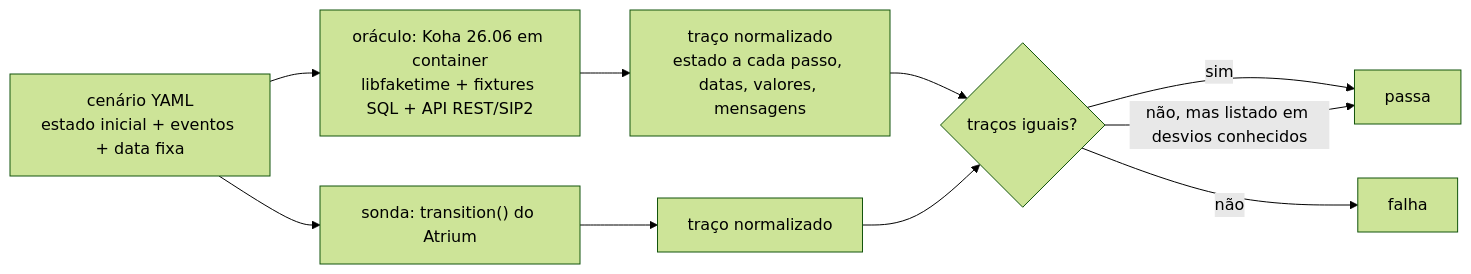
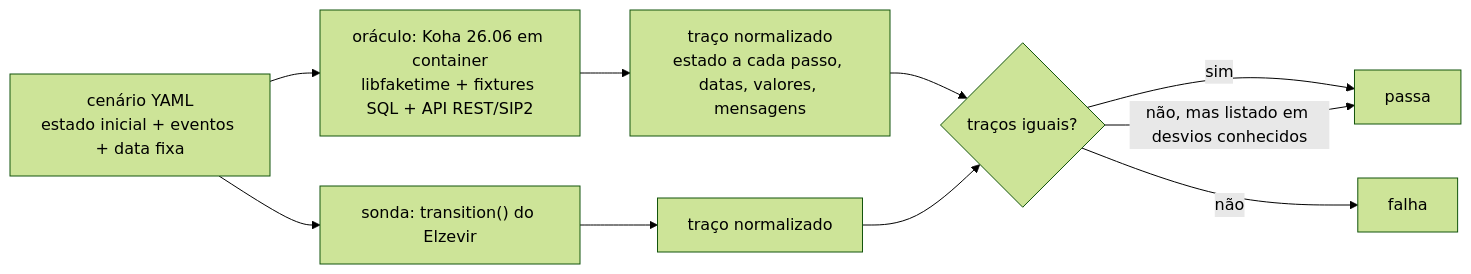
One commit to PauloFBaldiFH/Atrium changed the third of 4 diagrams in docs/arquitetura/03-estrategia-reconstrucao.md. Above: the diagram before and after it, drawn with Mermaid (forest theme). The commit also changed other lines of this file and 169 other files, not shown here.

First line of the commit message:
refactor: renomeia o projeto de Atrium para Elzevir

````diff
--- a/docs/arquitetura/03-estrategia-reconstrucao.md
+++ b/docs/arquitetura/03-estrategia-reconstrucao.md
@@ -261,12 +261,12 @@
 ```mermaid
 flowchart LR
     SC["cenário YAML<br/>estado inicial + eventos + data fixa"] --> KO["oráculo: Koha 26.06 em container<br/>libfaketime + fixtures SQL + API REST/SIP2"]
-    SC --> AT["sonda: transition() do Atrium"]
+    SC --> AT["sonda: transition() do Elzevir"]
     KO --> NK["traço normalizado<br/>estado a cada passo, datas, valores, mensagens"]
     AT --> NA["traço normalizado"]
     NK --> D{"traços iguais?"}
     NA --> D
     D -- sim --> OK["passa"]
     D -- "não, mas listado em desvios conhecidos" --> OK
     D -- não --> BUG["falha"]
 ```
````
